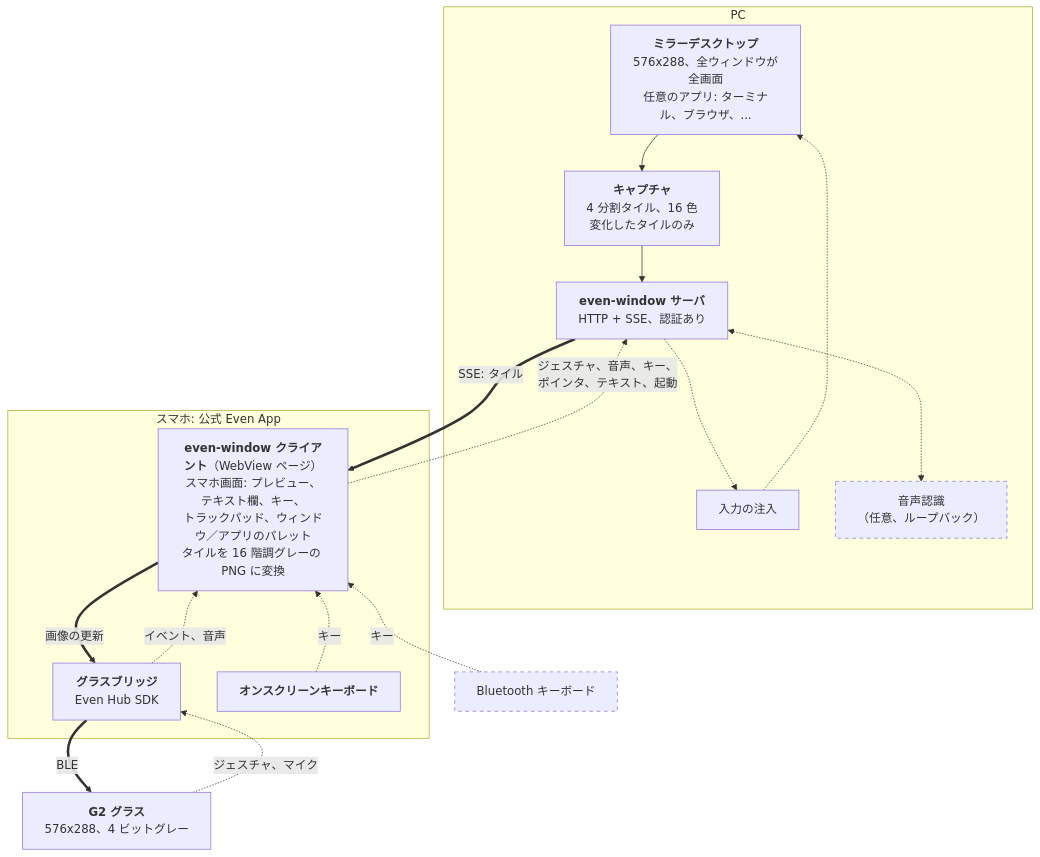
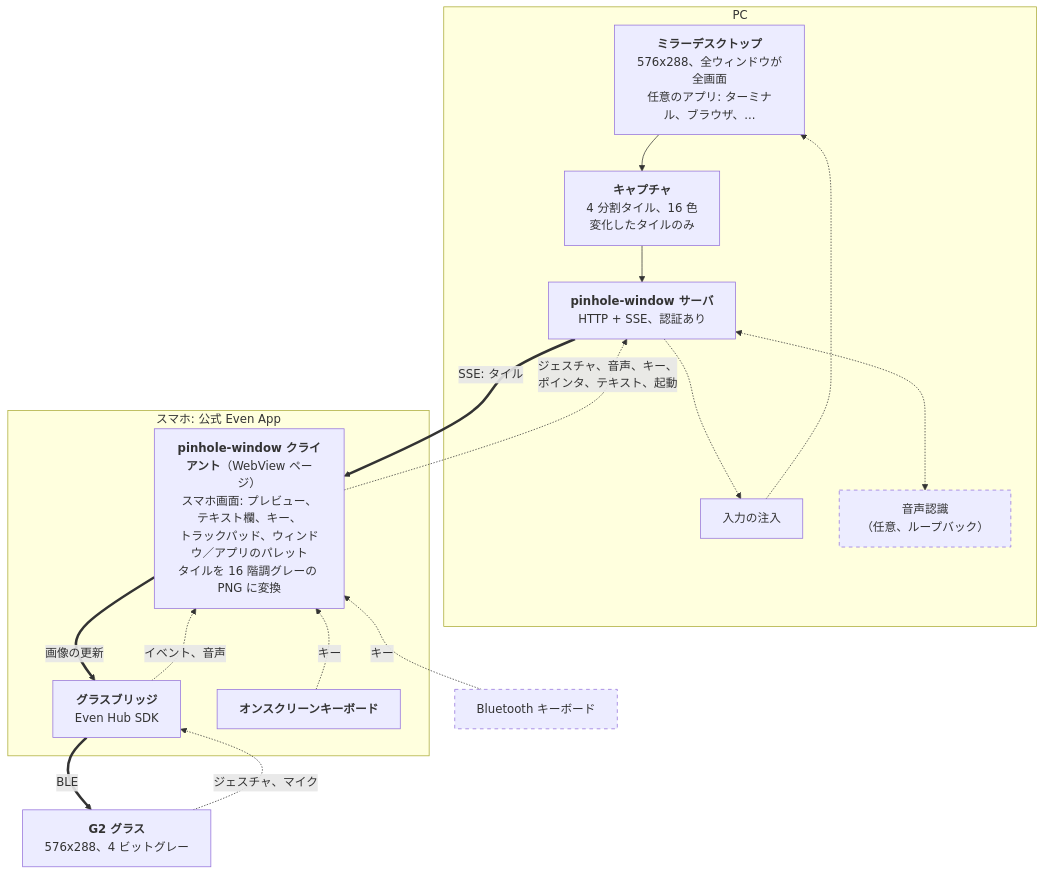
One commit to sunasaji/even-window changed the diagram in README.ja.md. Above: the diagram before and after it, drawn with Mermaid. The commit also changed other lines of this file and 101 other files, not shown here.

First line of the commit message:
chore!: rename the project to pinhole-window

````diff
--- a/README.ja.md
+++ b/README.ja.md
@@ -34,33 +37,33 @@
 ```mermaid
 flowchart TB
   subgraph PC["PC"]
     X["<b>ミラーデスクトップ</b><br/>576x288、全ウィンドウが全画面<br/>任意のアプリ: ターミナル、ブラウザ、..."]
     CAP["<b>キャプチャ</b><br/>4 分割タイル、16 色<br/>変化したタイルのみ"]
-    SRV["<b>even-window サーバ</b><br/>HTTP + SSE、認証あり"]
+    SRV["<b>pinhole-window サーバ</b><br/>HTTP + SSE、認証あり"]
     INJ["入力の注入"]
     STT["音声認識<br/>（任意、ループバック）"]
     X --> CAP --> SRV
     SRV -.-> INJ -.-> X
     SRV <-.-> STT
   end
   subgraph PHONE["スマホ: 公式 Even App"]
-    CL["<b>even-window クライアント</b>（WebView ページ）<br/>スマホ画面: プレビュー、テキスト欄、キー、<br/>トラックパッド、ウィンドウ／アプリのパレット<br/>タイルを 16 階調グレーの PNG に変換"]
+    CL["<b>pinhole-window クライアント</b>（WebView ページ）<br/>スマホ画面: プレビュー、テキスト欄、キー、<br/>トラックパッド、ウィンドウ／アプリのパレット<br/>タイルを 16 階調グレーの PNG に変換"]
     BR["<b>グラスブリッジ</b><br/>Even Hub SDK"]
     SK["<b>オンスクリーンキーボード</b>"]
   end
   G2["<b>G2 グラス</b><br/>576x288、4 ビットグレー"]
   KB["Bluetooth キーボード"]
   style KB stroke-dasharray: 5 5
   style STT stroke-dasharray: 5 5
 
   SRV == "SSE: タイル" ==> CL
   CL == "画像の更新" ==> BR
   BR == "BLE" ==> G2
   G2 -. "ジェスチャ、マイク" .-> BR
   BR -. "イベント、音声" .-> CL
   CL ~~~ SK
   SK -. "キー" .-> CL
   CL ~~~ KB
   KB -. "キー" .-> CL
   CL -. "ジェスチャ、音声、キー、<br/>ポインタ、テキスト、起動" .-> SRV
 ```
````
